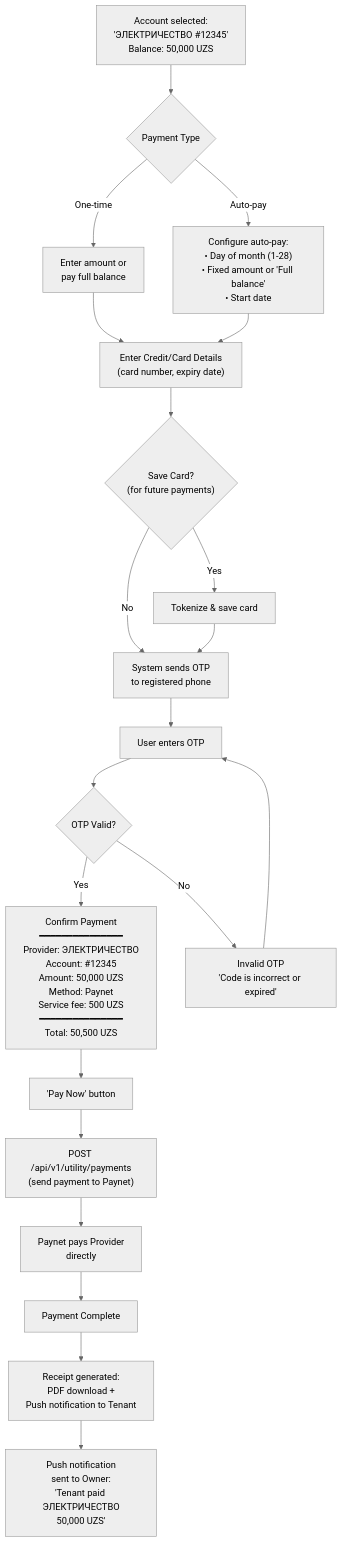
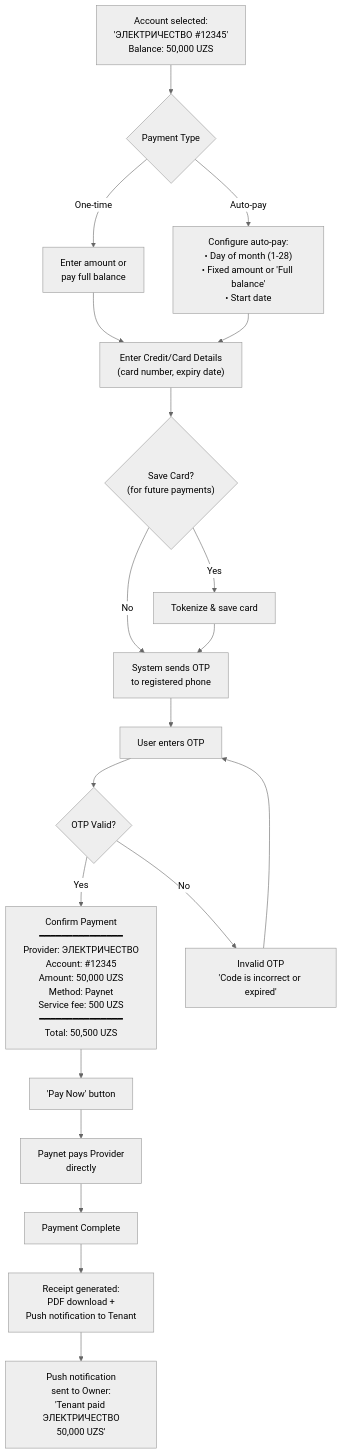
One commit to saodatm-dev/Utilities---Informational-Architecture changed the fifth of 11 diagrams in utilities-payment-userflow.md. Above: the diagram before and after it, drawn with Mermaid (neutral theme). The commit also changed other lines of this file and 1 other file, not shown here.

Commit message:
refactor: remove outdated API content and detailed technical sections from payment user flow documentation, and simplify API endpoint descriptions.

````diff
--- a/utilities-payment-userflow.md
+++ b/utilities-payment-userflow.md
@@ -171,35 +171,34 @@
 ```mermaid
 flowchart TD
     ACC["Account selected:<br/>'ЭЛЕКТРИЧЕСТВО #12345'<br/>Balance: 50,000 UZS"] --> TYPE{"Payment Type"}
 
     TYPE -->|"One-time"| AMOUNT["Enter amount or<br/>pay full balance"]
     TYPE -->|"Auto-pay"| SCHED["Configure auto-pay:<br/>• Day of month (1-28)<br/>• Fixed amount or 'Full balance'<br/>• Start date"]
 
     AMOUNT --> CARD_DETAILS
     SCHED --> CARD_DETAILS
 
     CARD_DETAILS["Enter Credit/Card Details<br/>(card number, expiry date)"]
 
     CARD_DETAILS --> SAVE_CARD{"Save Card?<br/>(for future payments)"}
     SAVE_CARD -->|"Yes"| TOKENIZE["Tokenize & save card"]
     SAVE_CARD -->|"No"| SEND_OTP
     TOKENIZE --> SEND_OTP
 
     SEND_OTP["System sends OTP<br/>to registered phone"]
     SEND_OTP --> ENTER_OTP["User enters OTP"]
     ENTER_OTP --> OTP_CHECK{"OTP Valid?"}
 
     OTP_CHECK -->|"Yes"| CONFIRM
     OTP_CHECK -->|"No"| OTP_ERROR["Invalid OTP<br/>'Code is incorrect or expired'"]
     OTP_ERROR --> ENTER_OTP
 
     CONFIRM["Confirm Payment<br/>━━━━━━━━━━━━━━━<br/>Provider: ЭЛЕКТРИЧЕСТВО<br/>Account: #12345<br/>Amount: 50,000 UZS<br/>Method: Paynet<br/>Service fee: 500 UZS<br/>━━━━━━━━━━━━━━━<br/>Total: 50,500 UZS"]
 
     CONFIRM --> PAY["'Pay Now' button"]
-    PAY --> PAYNET_REQ["POST /api/v1/utility/payments<br/>(send payment to Paynet)"]
-    PAYNET_REQ --> PAYNET_PAY["Paynet pays Provider<br/>directly"]
+    PAY --> PAYNET_PAY["Paynet pays Provider<br/>directly"]
     PAYNET_PAY --> DONE["Payment Complete"]
     DONE --> RECEIPT["Receipt generated:<br/>PDF download +<br/>Push notification to Tenant"]
     RECEIPT --> NOTIFY_OWNER["Push notification<br/>sent to Owner:<br/>'Tenant paid ЭЛЕКТРИЧЕСТВО<br/>50,000 UZS'"]
 
 ```
````
